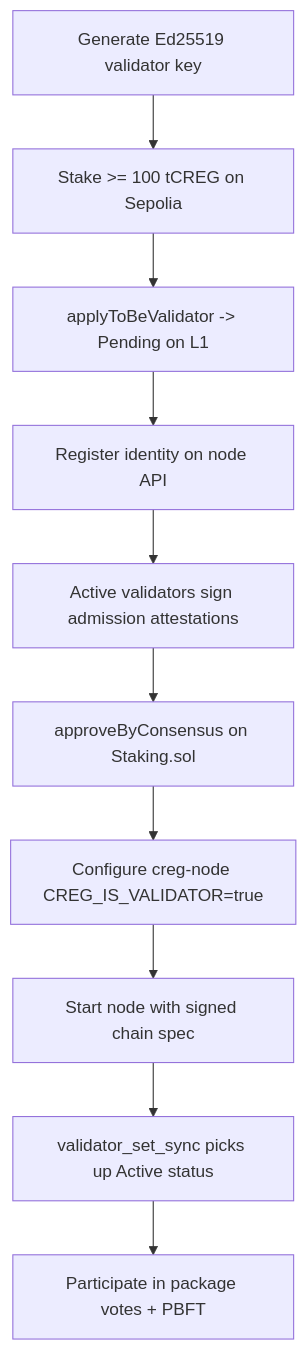
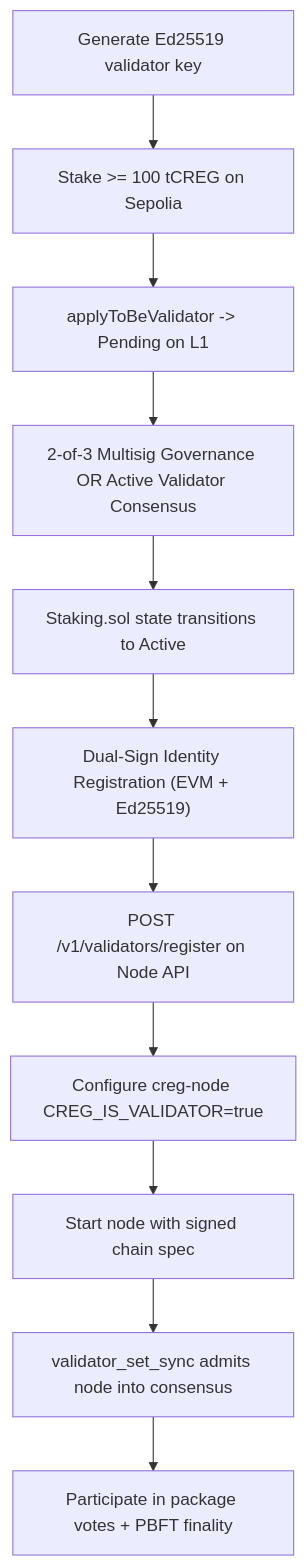
The sixth of 9 diagrams in docs/CREG_SYSTEM_WORKFLOW.md (samuel-1-avson/chain-registry-blockchain-CREG-), drawn with Mermaid before and after one commit. The commit also changed other lines of this file and 22 other files, not shown here.

Commit message:
feat: live external validator onboarding, staking CLI, whitepaper v0.4.0, and docs modernization

````diff
--- a/docs/CREG_SYSTEM_WORKFLOW.md
+++ b/docs/CREG_SYSTEM_WORKFLOW.md
@@ -976,12 +976,13 @@
 ```mermaid
 flowchart TD
     A[Generate Ed25519 validator key] --> B["Stake >= 100 tCREG on Sepolia"]
     B --> C["applyToBeValidator -> Pending on L1"]
-    C --> D[Register identity on node API]
-    D --> E[Active validators sign admission attestations]
-    E --> F[approveByConsensus on Staking.sol]
-    F --> G[Configure creg-node CREG_IS_VALIDATOR=true]
-    G --> H[Start node with signed chain spec]
-    H --> I[validator_set_sync picks up Active status]
-    I --> J[Participate in package votes + PBFT]
+    C --> D[2-of-3 Multisig Governance OR Active Validator Consensus]
+    D --> E["Staking.sol state transitions to Active"]
+    E --> F["Dual-Sign Identity Registration (EVM + Ed25519)"]
+    F --> G["POST /v1/validators/register on Node API"]
+    G --> H[Configure creg-node CREG_IS_VALIDATOR=true]
+    H --> I[Start node with signed chain spec]
+    I --> J[validator_set_sync admits node into consensus]
+    J --> K[Participate in package votes + PBFT finality]
 ```
````
